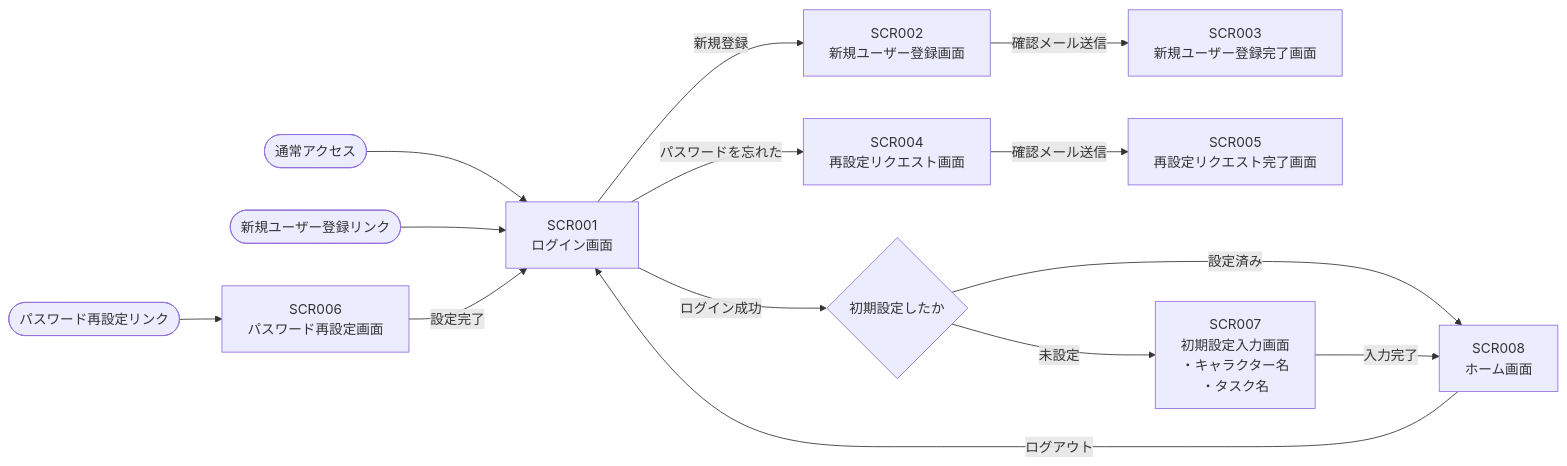
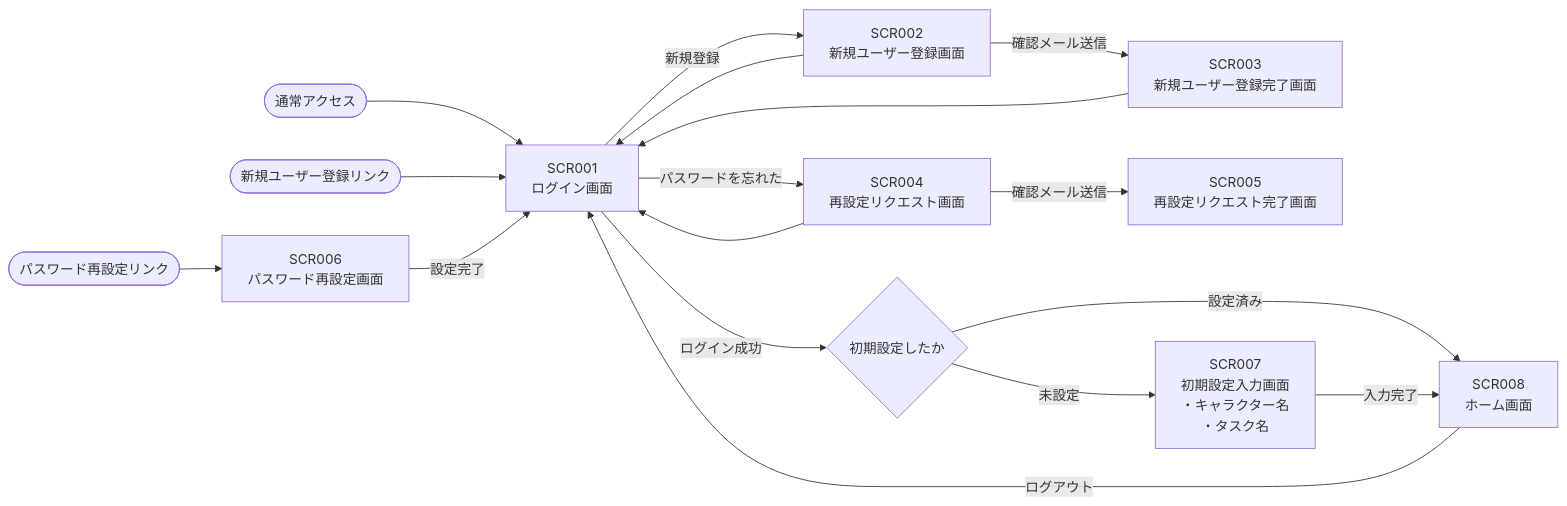
One commit to LightGive/simple-todo-web-app changed the second of 2 diagrams in Documents/要件定義書.md. Above: the diagram before and after it, drawn with Mermaid. The commit also changed other lines of this file, not shown here.

Commit message:
画面一覧に画面設計書へのリンクを追加、画面遷移図に不足していた遷移を追加

````diff
--- a/Documents/要件定義書.md
+++ b/Documents/要件定義書.md
@@ -130,38 +130,43 @@
 ```mermaid
 flowchart LR
 
     Start([通常アクセス])
+    NewRegistrationLink([新規ユーザー登録リンク])
+    ResetPasswordLink([パスワード再設定リンク])
     Login["SCR001<br>ログイン画面"]
     IsFirst{"初期設定したか"}
     NewRegistration["SCR002<br>新規ユーザー登録画面"]
     NewRegistrationComp["SCR003<br>新規ユーザー登録完了画面"]
-    NewRegistrationLink([新規ユーザー登録リンク])
-
     RequestPasswordReset["SCR004<br>再設定リクエスト画面"]
     CompleteSendPasswordRequest["SCR005<br>再設定リクエスト完了画面"]
     ResetPassword["SCR006<br>パスワード再設定画面"]
     FirstInput["SCR007<br>初期設定入力画面<br>・キャラクター名<br>・タスク名"]
     Home["SCR008<br>ホーム画面"]
 
-    ResetPasswordLink([パスワード再設定リンク])
 
     Start --> Login
     Login --ログイン成功--> IsFirst
     Login --新規登録--> NewRegistration
     Login --パスワードを忘れた--> RequestPasswordReset
 
     NewRegistration--確認メール送信-->NewRegistrationComp
+    NewRegistration --> Login
+
+    NewRegistrationComp --> Login
 
     NewRegistrationLink --> Login
 
     RequestPasswordReset --確認メール送信--> CompleteSendPasswordRequest
+    RequestPasswordReset --> Login
+
+
     IsFirst --設定済み--> Home
     IsFirst --未設定--> FirstInput
     FirstInput --入力完了-->Home
     Home --ログアウト--> Login
 
     ResetPasswordLink-->ResetPassword
     ResetPassword --設定完了-->Login
 
 
 ```
````
